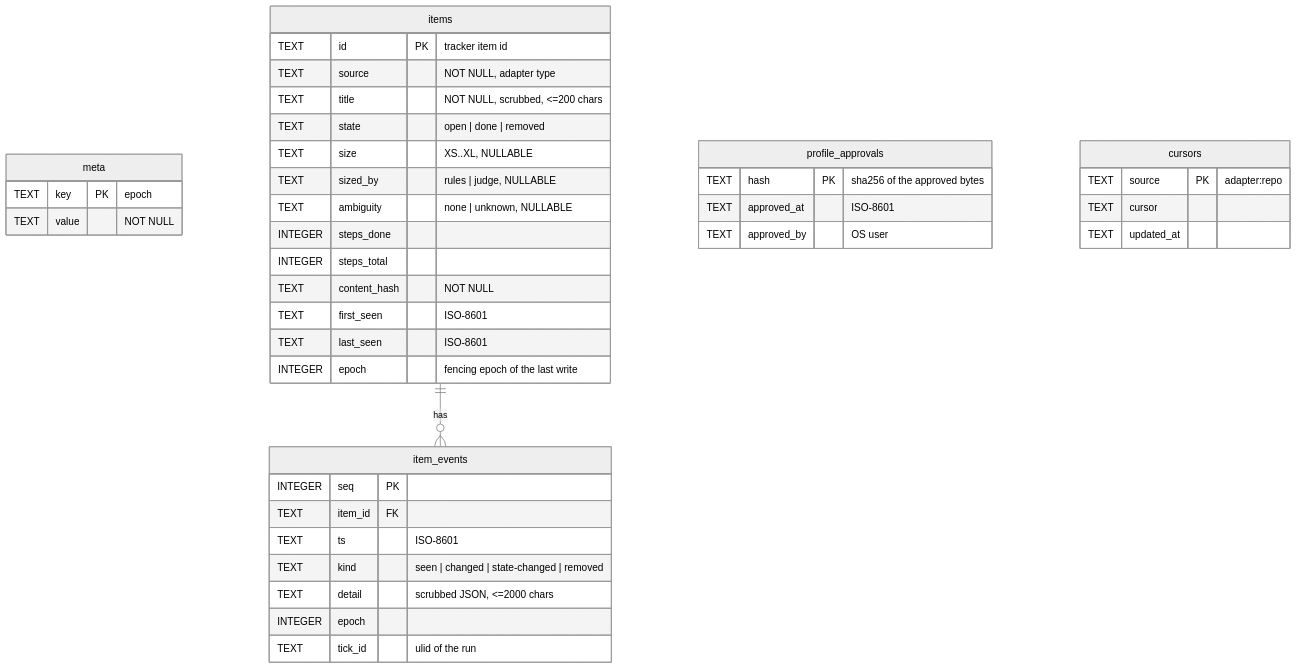
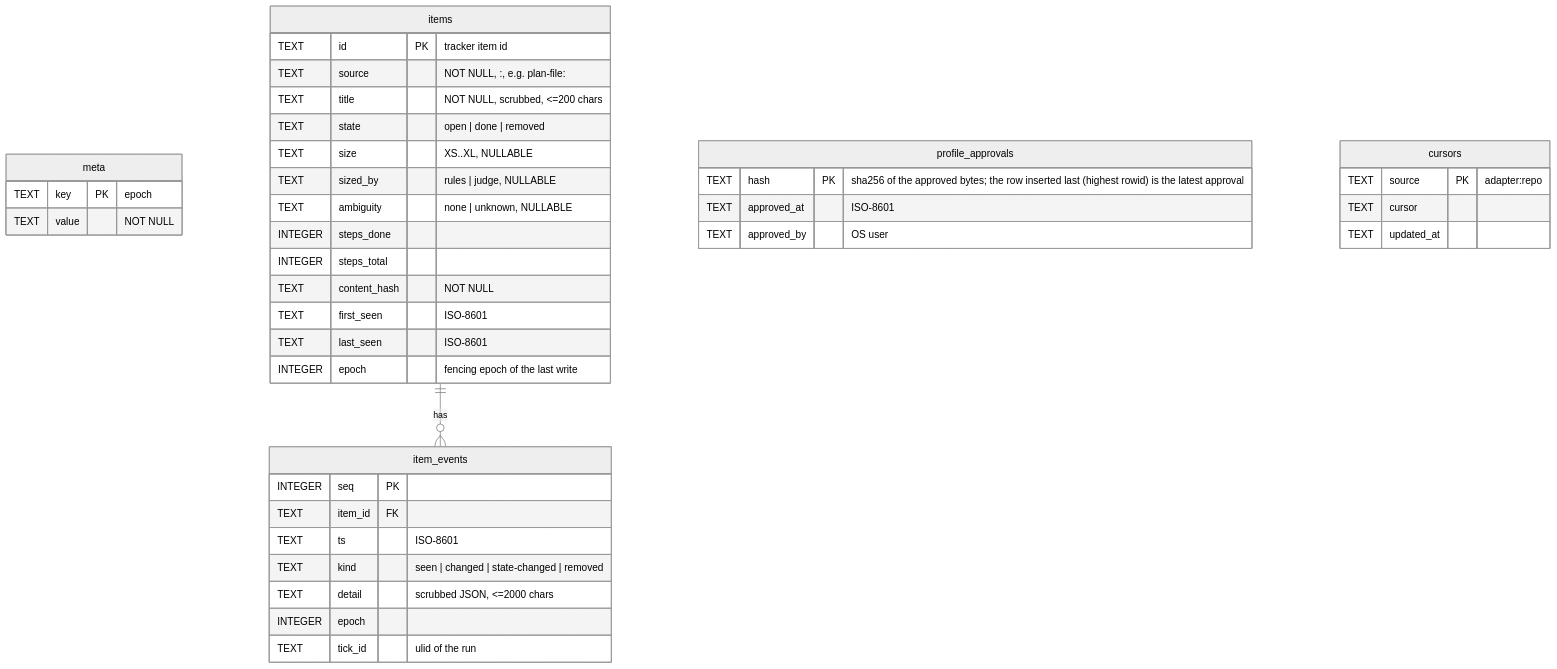
Before and after one commit to joithor/agentic-workflow: the second of 2 diagrams in planning/ERD.md, drawn with Mermaid (neutral theme). The commit also changed other lines of this file and 4 other files, not shown here.

````diff
--- a/planning/ERD.md
+++ b/planning/ERD.md
@@ -135,42 +135,42 @@
 ```mermaid
 erDiagram
     meta {
         TEXT key PK "epoch"
         TEXT value "NOT NULL"
     }
     items {
         TEXT id PK "tracker item id"
-        TEXT source "NOT NULL, adapter type"
+        TEXT source "NOT NULL, <tracker type>:<repo>, e.g. plan-file:<repo>"
         TEXT title "NOT NULL, scrubbed, <=200 chars"
         TEXT state "open | done | removed"
         TEXT size "XS..XL, NULLABLE"
         TEXT sized_by "rules | judge, NULLABLE"
         TEXT ambiguity "none | unknown, NULLABLE"
         INTEGER steps_done
         INTEGER steps_total
         TEXT content_hash "NOT NULL"
         TEXT first_seen "ISO-8601"
         TEXT last_seen "ISO-8601"
         INTEGER epoch "fencing epoch of the last write"
     }
     item_events {
         INTEGER seq PK
         TEXT item_id FK
         TEXT ts "ISO-8601"
         TEXT kind "seen | changed | state-changed | removed"
         TEXT detail "scrubbed JSON, <=2000 chars"
         INTEGER epoch
         TEXT tick_id "ulid of the run"
     }
     profile_approvals {
-        TEXT hash PK "sha256 of the approved bytes"
+        TEXT hash PK "sha256 of the approved bytes; the row inserted last (highest rowid) is the latest approval"
         TEXT approved_at "ISO-8601"
         TEXT approved_by "OS user"
     }
     cursors {
         TEXT source PK "adapter:repo"
         TEXT cursor
         TEXT updated_at
     }
     items ||--o{ item_events : "has"
 ```
````
